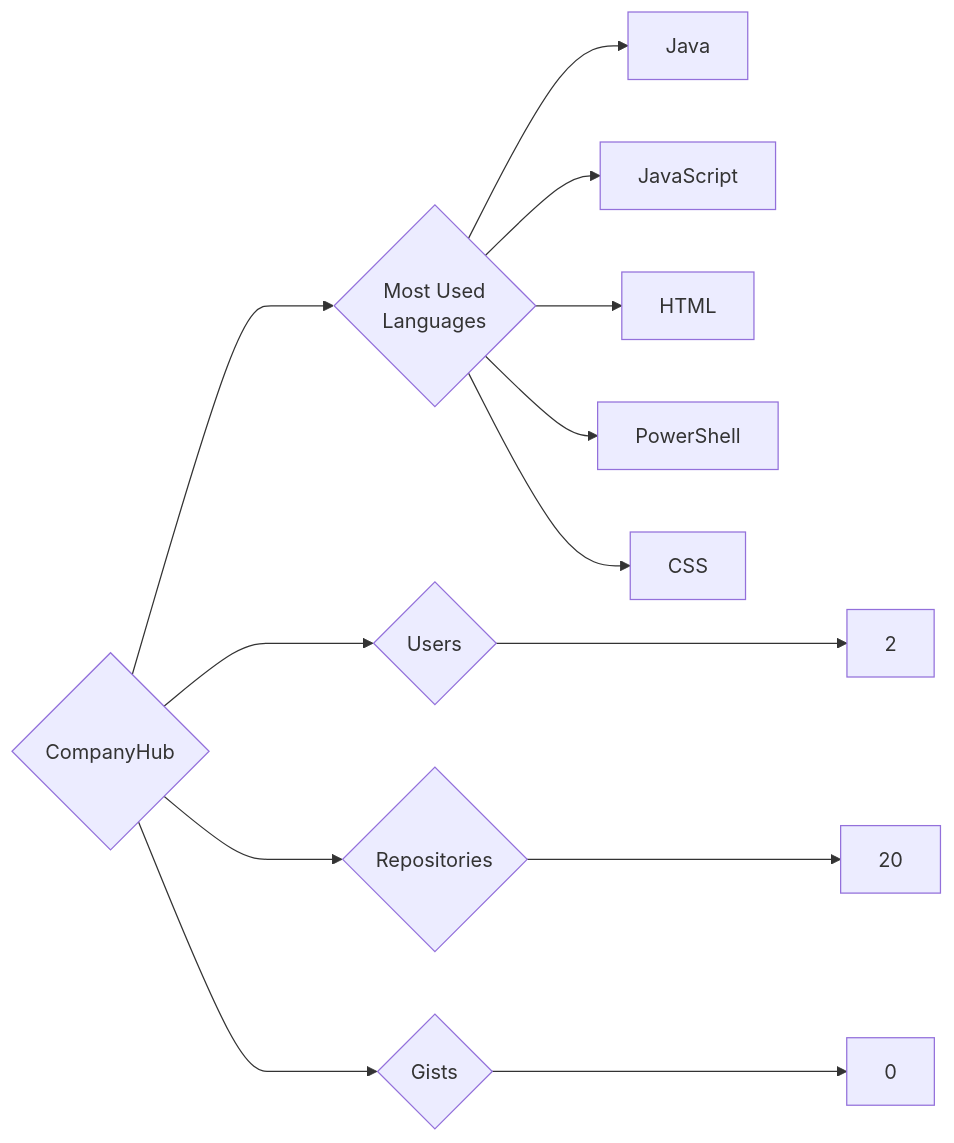
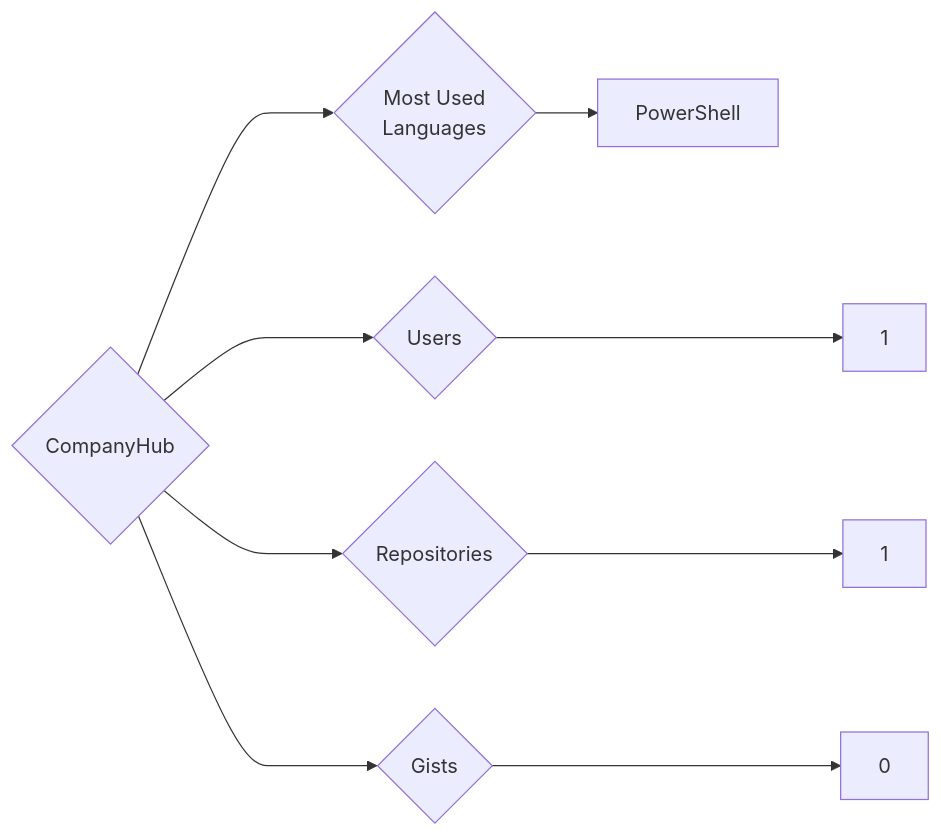
The diagram in targets/CompanyHub/README.md (trickest/insiders), drawn with Mermaid before and after one commit. The commit also changed 1238 other files, not shown here.

````diff
--- a/targets/CompanyHub/README.md
+++ b/targets/CompanyHub/README.md
@@ -3,13 +3,9 @@
 ```mermaid
 graph LR
 COMPANY_NAME{CompanyHub}
-COMPANY_NAME ---> U{Users} ---> UN[2]
-COMPANY_NAME ---> R{Repositories} ---> RN[20]
+COMPANY_NAME ---> U{Users} ---> UN[1]
+COMPANY_NAME ---> R{Repositories} ---> RN[1]
 COMPANY_NAME ---> G{Gists} ---> GN[0]
 COMPANY_NAME ---> ML{Most Used<br>Languages}
-ML --> Java[Java]
-ML --> JavaScript[JavaScript]
-ML --> HTML[HTML]
 ML --> PowerShell[PowerShell]
-ML --> CSS[CSS]
 ```
````
